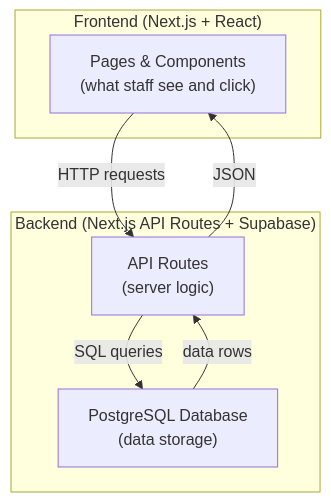
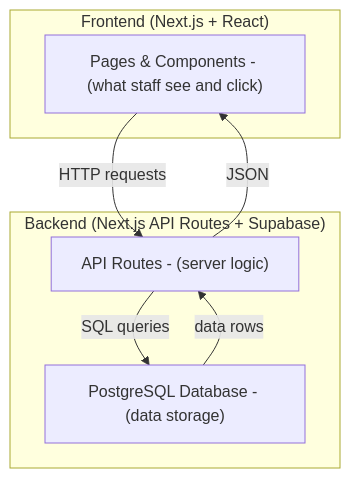
The first of 8 diagrams in learning/09-fullstack-best-practices.md (wongjinar-ai/expample), drawn with Mermaid before and after one commit. The commit also changed other lines of this file and 16 other files, not shown here.

````diff
--- a/learning/09-fullstack-best-practices.md
+++ b/learning/09-fullstack-best-practices.md
@@ -7,15 +7,15 @@
 ```mermaid
 graph TD
     subgraph Frontend["Frontend (Next.js + React)"]
-        UI["Pages & Components\n(what staff see and click)"]
+        UI["Pages & Components - (what staff see and click)"]
     end
     subgraph Backend["Backend (Next.js API Routes + Supabase)"]
-        API["API Routes\n(server logic)"]
-        DB["PostgreSQL Database\n(data storage)"]
+        API["API Routes - (server logic)"]
+        DB["PostgreSQL Database - (data storage)"]
     end
 
     UI -->|"HTTP requests"| API
     API -->|"SQL queries"| DB
     DB -->|"data rows"| API
     API -->|"JSON"| UI
 ```
````
